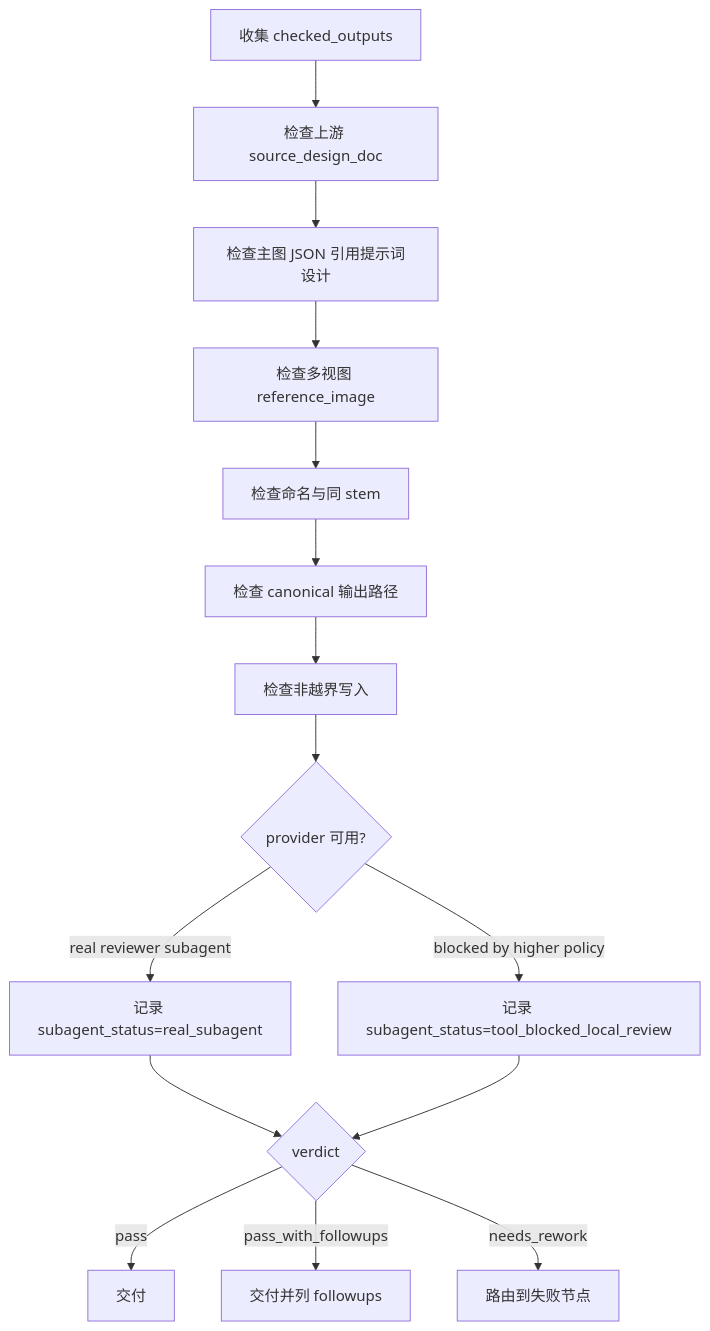
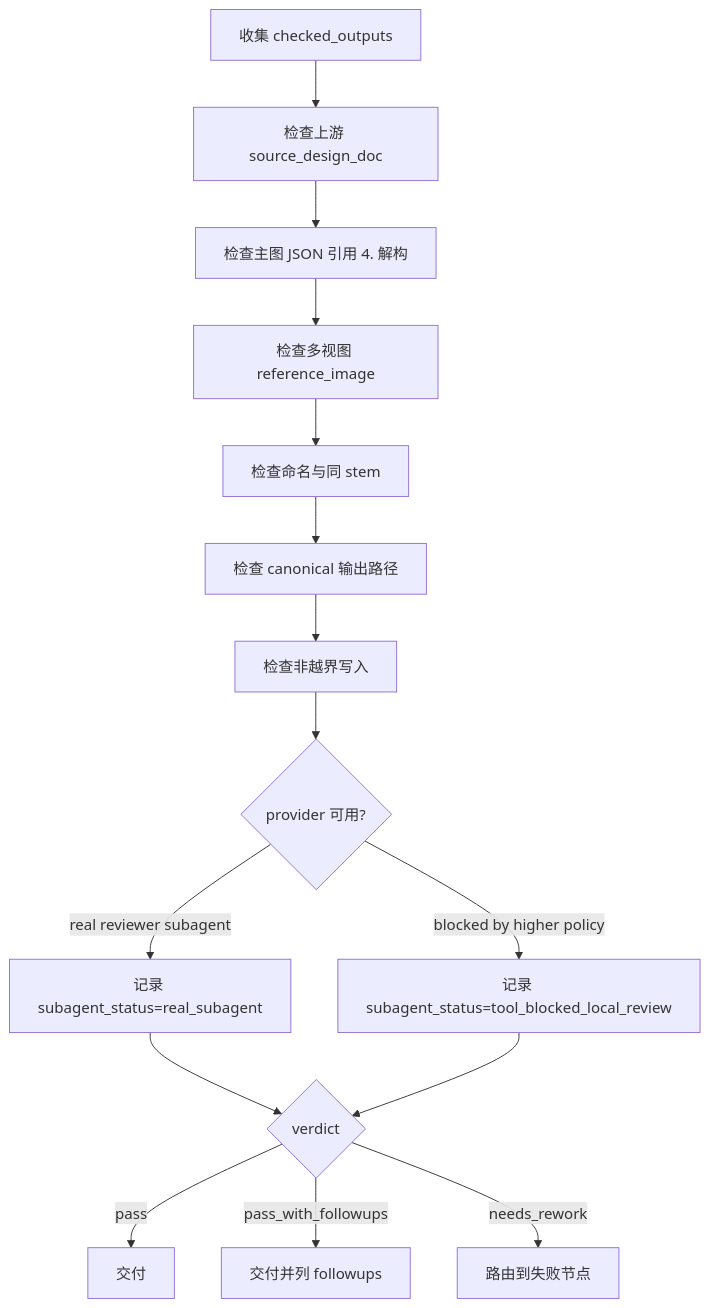
Before and after one commit to ZEN-VOID/AI-CUT: the diagram in .agents/skills/aigc/5-设计/道具/3-生成/review/review-contract.md, drawn with Mermaid. The commit also changed other lines of this file and 106 other files, not shown here.

````diff
--- a/.agents/skills/aigc/5-设计/道具/3-生成/review/review-contract.md
+++ b/.agents/skills/aigc/5-设计/道具/3-生成/review/review-contract.md
@@ -25,17 +25,17 @@
 ```mermaid
 flowchart TD
     A["收集 checked_outputs"] --> B["检查上游 source_design_doc"]
-    B --> C["检查主图 JSON 引用提示词设计"]
+    B --> C["检查主图 JSON 引用 4. 解构"]
     C --> D["检查多视图 reference_image"]
     D --> E["检查命名与同 stem"]
     E --> F["检查 canonical 输出路径"]
     F --> G["检查非越界写入"]
     G --> H{"provider 可用?"}
     H -->|"real reviewer subagent"| I["记录 subagent_status=real_subagent"]
     H -->|"blocked by higher policy"| J["记录 subagent_status=tool_blocked_local_review"]
     I --> K{"verdict"}
     J --> K
     K -->|"pass"| L["交付"]
     K -->|"pass_with_followups"| M["交付并列 followups"]
     K -->|"needs_rework"| N["路由到失败节点"]
 ```
````
